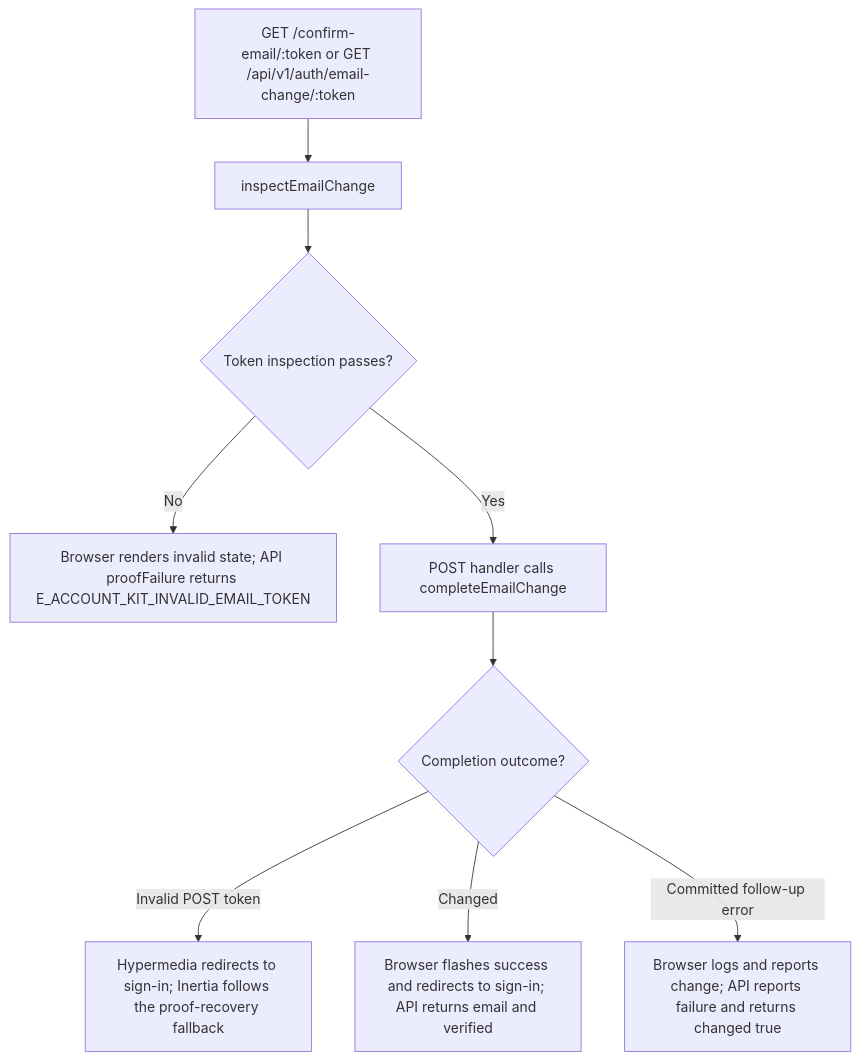
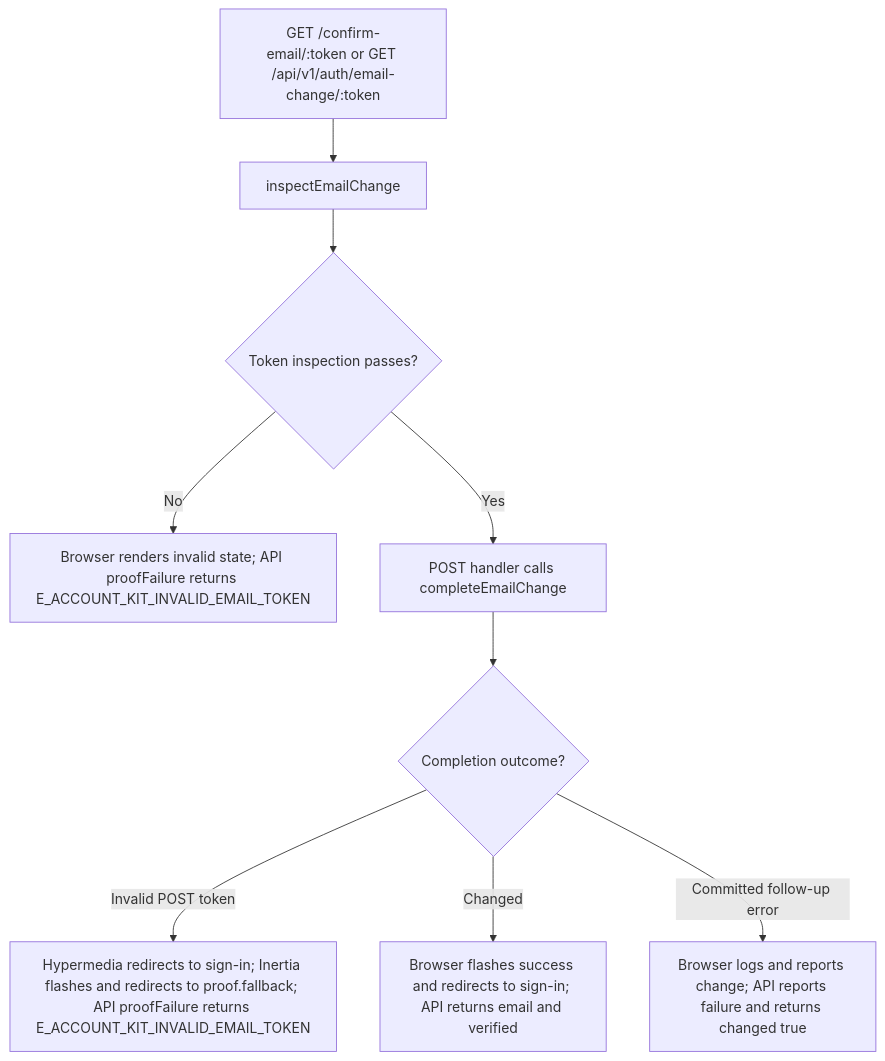
The second of 2 diagrams in user-stories/accounts/us-account-07-confirm-email-change.md (Kevinjohn/oss-adonisjs-starter-examples), drawn with Mermaid before and after one commit. The commit also changed other lines of this file and 22 other files, not shown here.

````diff
--- a/user-stories/accounts/us-account-07-confirm-email-change.md
+++ b/user-stories/accounts/us-account-07-confirm-email-change.md
@@ -39,11 +43,11 @@
 ```mermaid
 flowchart TD
     A["GET /confirm-email/:token or GET /api/v1/auth/email-change/:token"] --> B["inspectEmailChange"]
     B --> C{"Token inspection passes?"}
     C -->|No| D["Browser renders invalid state; API proofFailure returns E_ACCOUNT_KIT_INVALID_EMAIL_TOKEN"]
     C -->|Yes| E["POST handler calls completeEmailChange"]
     E --> F{"Completion outcome?"}
-    F -->|Invalid POST token| J["Hypermedia redirects to sign-in; Inertia follows the proof-recovery fallback"]
+    F -->|Invalid POST token| J["Hypermedia redirects to sign-in; Inertia flashes and redirects to proof.fallback; API proofFailure returns E_ACCOUNT_KIT_INVALID_EMAIL_TOKEN"]
     F -->|Changed| G["Browser flashes success and redirects to sign-in; API returns email and verified"]
     F -->|Committed follow-up error| H["Browser logs and reports change; API reports failure and returns changed true"]
 ```
````
